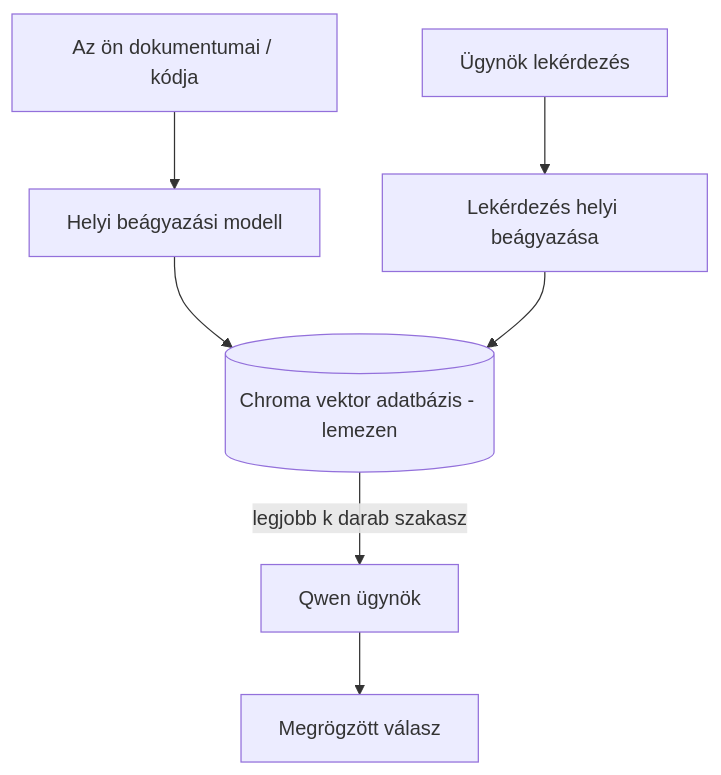
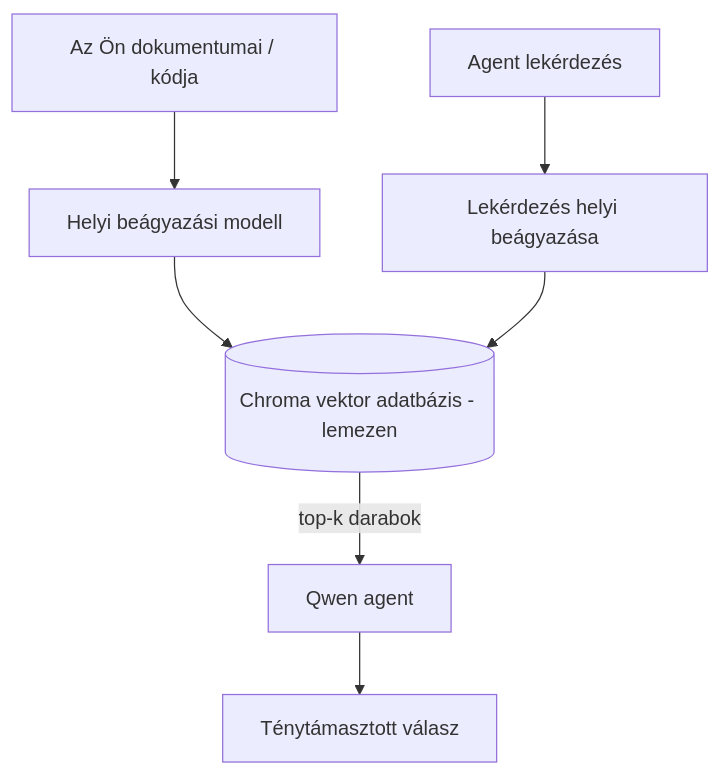
Before and after one commit to microsoft/ai-agents-for-beginners: the third of 4 diagrams in translations/hu/17-creating-local-ai-agents/README.md, drawn with Mermaid. The commit also changed other lines of this file and 47 other files, not shown here.

````diff
--- a/translations/hu/17-creating-local-ai-agents/README.md
+++ b/translations/hu/17-creating-local-ai-agents/README.md
@@ -125,9 +125,9 @@
 ```mermaid
 flowchart TB
-    D[Az ön dokumentumai / kódja] --> E[Helyi beágyazási modell]
+    D[Az Ön dokumentumai / kódja] --> E[Helyi beágyazási modell]
     E --> V[(Chroma vektor adatbázis - lemezen)]
-    Q[Ügynök lekérdezés] --> QE[Lekérdezés helyi beágyazása]
+    Q[Agent lekérdezés] --> QE[Lekérdezés helyi beágyazása]
     QE --> V
-    V -->|legjobb k darab szakasz| A[Qwen ügynök]
-    A --> Ans[Megrögzött válasz]
+    V -->|top-k darabok| A[Qwen agent]
+    A --> Ans[Ténytámasztott válasz]
 ```
````
